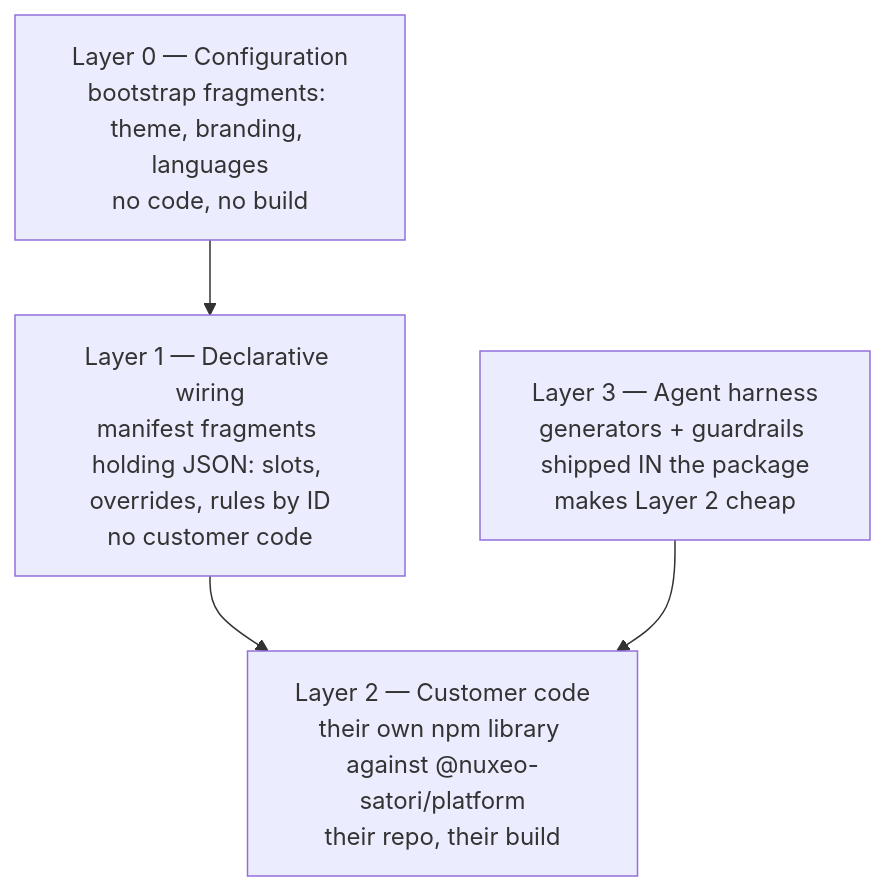
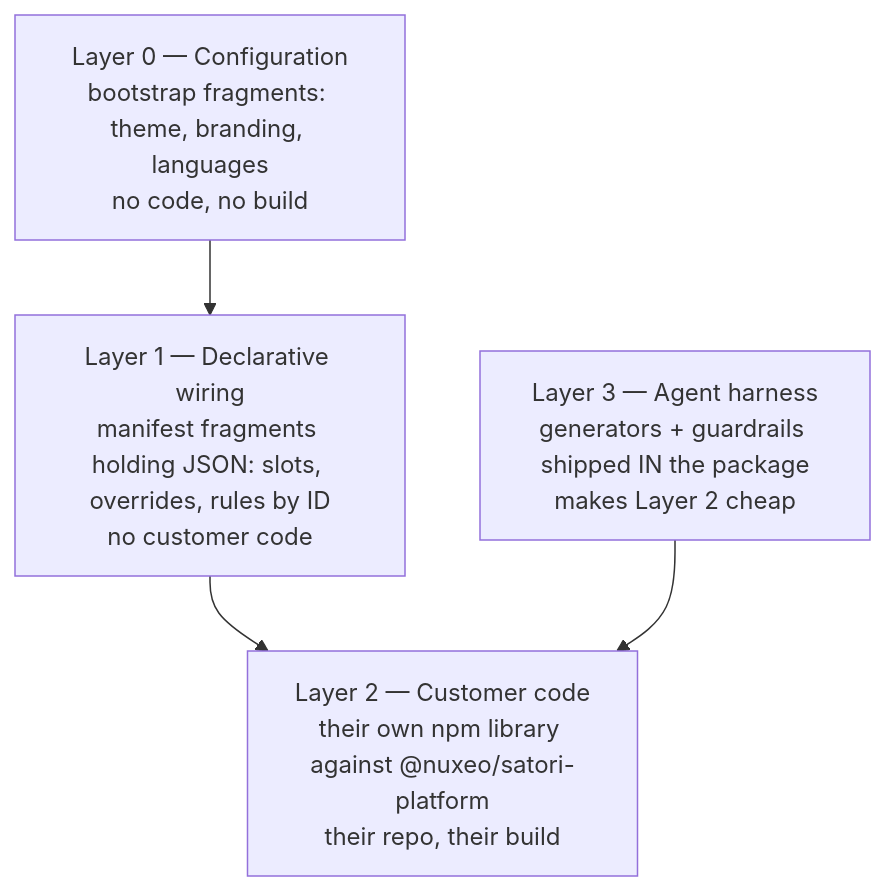
One commit to nuxeo/Nuxeo-Satori-UI changed the fifth of 7 diagrams in documentation/30-engineering/02-architecture.md. Above: the diagram before and after it, drawn with Mermaid. The commit also changed other lines of this file and 477 other files, not shown here.

First line of the commit message:
feat(NXSAT-640): rename platform package to @nuxeo/satori-platform

````diff
--- a/documentation/30-engineering/02-architecture.md
+++ b/documentation/30-engineering/02-architecture.md
@@ -230,9 +230,9 @@
 ```mermaid
 flowchart TD
   L0["Layer 0 — Configuration<br/>bootstrap fragments: theme, branding, languages<br/>no code, no build"]
   L1["Layer 1 — Declarative wiring<br/>manifest fragments holding JSON: slots, overrides, rules by ID<br/>no customer code"]
-  L2["Layer 2 — Customer code<br/>their own npm library against @nuxeo-satori/platform<br/>their repo, their build"]
+  L2["Layer 2 — Customer code<br/>their own npm library against @nuxeo/satori-platform<br/>their repo, their build"]
   L3["Layer 3 — Agent harness<br/>generators + guardrails shipped IN the package<br/>makes Layer 2 cheap"]
   L0 --> L1 --> L2
   L3 --> L2
 ```
````
